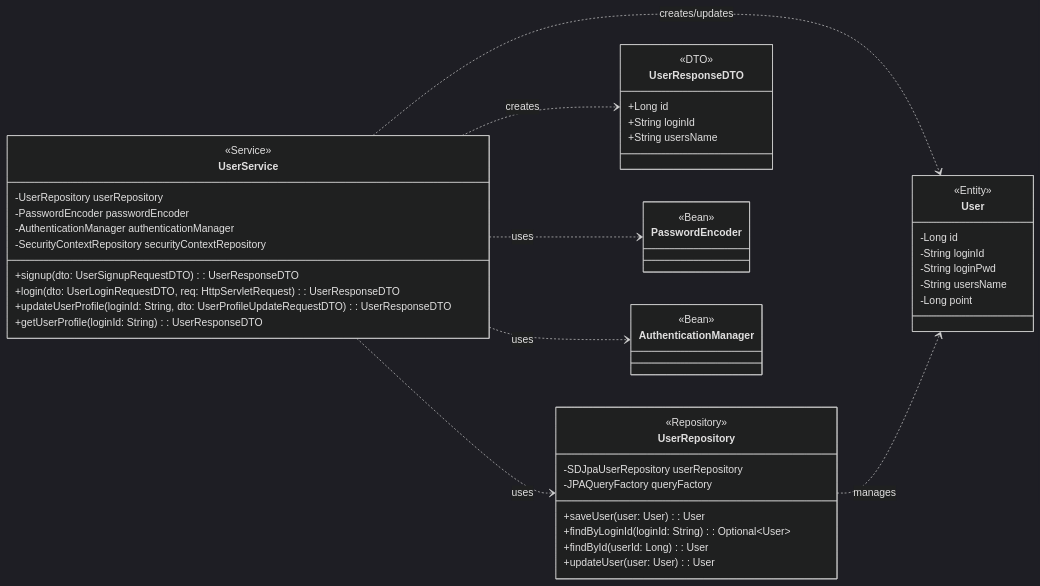
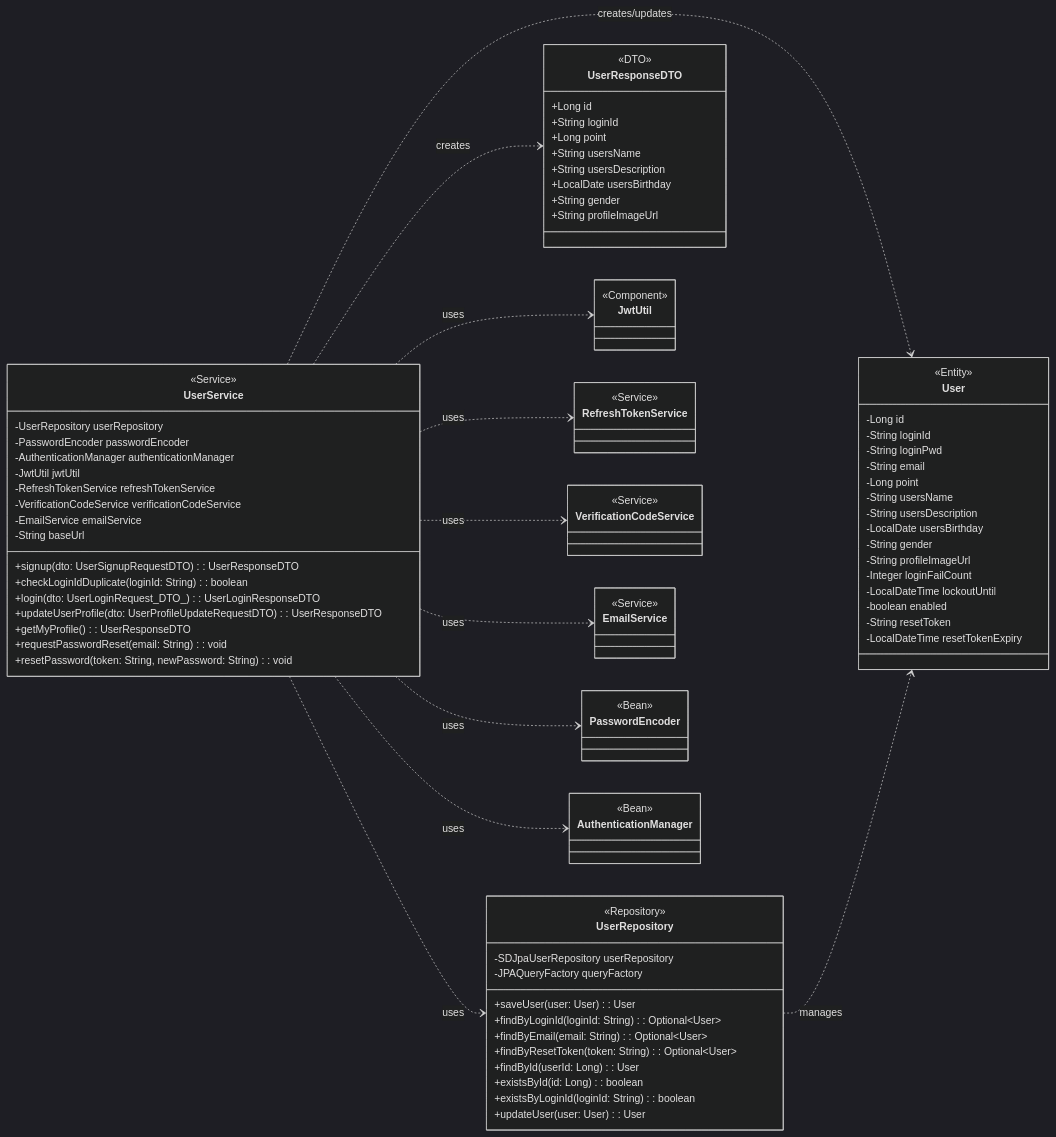
Before and after one commit to rororo33/game-s-cord: the diagram in SDS/classDiagram/userClassDiagram.md, drawn with Mermaid (dark theme). The commit also changed other lines of this file and 11 other files, not shown here.

Commit message:
fix: 클래스 다이어그램 수정

```diff
--- a/SDS/classDiagram/userClassDiagram.md
+++ b/SDS/classDiagram/userClassDiagram.md
@@ -9,11 +9,18 @@
         -UserRepository userRepository
         -PasswordEncoder passwordEncoder
         -AuthenticationManager authenticationManager
-        -SecurityContextRepository securityContextRepository
+        -JwtUtil jwtUtil
+        -RefreshTokenService refreshTokenService
+        -VerificationCodeService verificationCodeService
+        -EmailService emailService
+        -String baseUrl
         +signup(dto: UserSignupRequestDTO): UserResponseDTO
-        +login(dto: UserLoginRequestDTO, req: HttpServletRequest): UserResponseDTO
-        +updateUserProfile(loginId: String, dto: UserProfileUpdateRequestDTO): UserResponseDTO
-        +getUserProfile(loginId: String): UserResponseDTO
+        +checkLoginIdDuplicate(loginId: String): boolean
+        +login(dto: UserLoginRequest_DTO_): UserLoginResponseDTO
+        +updateUserProfile(dto: UserProfileUpdateRequestDTO): UserResponseDTO
+        +getMyProfile(): UserResponseDTO
+        +requestPasswordReset(email: String): void
+        +resetPassword(token: String, newPassword: String): void
     }
 
     class UserRepository {
@@ -22,7 +29,11 @@
         -JPAQueryFactory queryFactory
         +saveUser(user: User): User
         +findByLoginId(loginId: String): Optional~User~
+        +findByEmail(email: String): Optional~User~
+        +findByResetToken(token: String): Optional~User~
         +findById(userId: Long): User
+        +existsById(id: Long): boolean
+        +existsByLoginId(loginId: String): boolean
         +updateUser(user: User): User
     }
 
@@ -31,17 +42,36 @@
         -Long id
         -String loginId
         -String loginPwd
+        -String email
+        -Long point
         -String usersName
-        -Long point
+        -String usersDescription
+        -LocalDate usersBirthday
+        -String gender
+        -String profileImageUrl
+        -Integer loginFailCount
+        -LocalDateTime lockoutUntil
+        -boolean enabled
+        -String resetToken
+        -LocalDateTime resetTokenExpiry
     }
 
     class UserResponseDTO {
         <<DTO>>
         +Long id
         +String loginId
+        +Long point
         +String usersName
+        +String usersDescription
+        +LocalDate usersBirthday
+        +String gender
+        +String profileImageUrl
     }
-
+    
+    class JwtUtil { <<Component>> }
+    class RefreshTokenService { <<Service>> }
+    class VerificationCodeService { <<Service>> }
+    class EmailService { <<Service>> }
     class PasswordEncoder { <<Bean>> }
     class AuthenticationManager { <<Bean>> }
 
@@ -49,6 +79,10 @@
     UserService ..> UserRepository : uses
     UserService ..> PasswordEncoder : uses
     UserService ..> AuthenticationManager : uses
+    UserService ..> JwtUtil : uses
+    UserService ..> RefreshTokenService : uses
+    UserService ..> VerificationCodeService : uses
+    UserService ..> EmailService : uses
     UserService ..> User : creates/updates
     UserService ..> UserResponseDTO : creates
     UserRepository ..> User : manages
```
